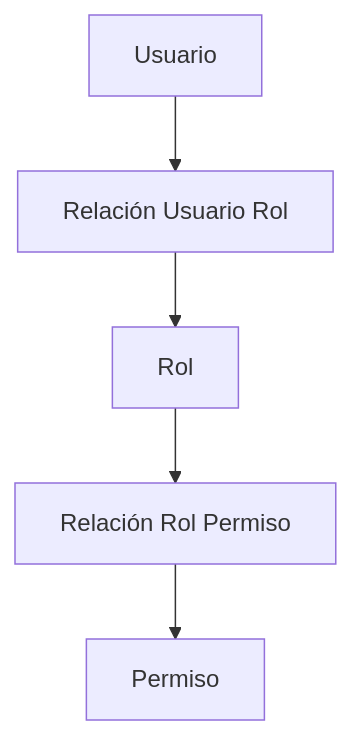
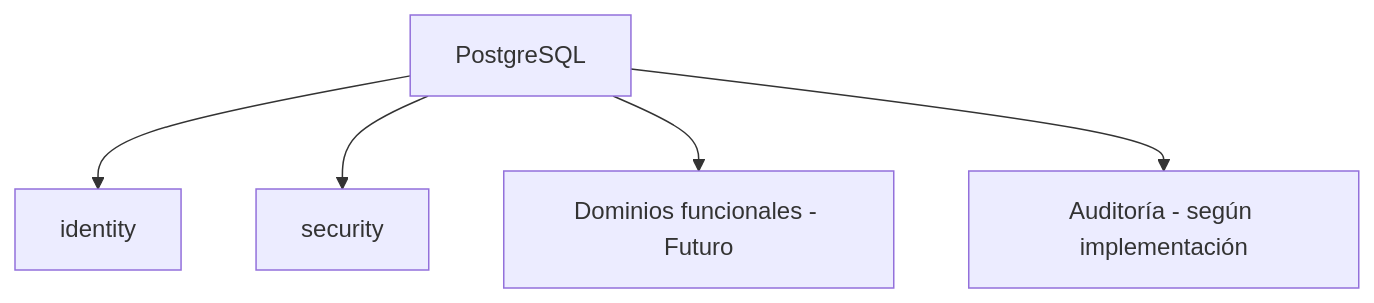
Before and after one commit to chirijose79-ui/Chiri: the second of 5 diagrams in docs/210_BaseDatos_Implementacion.md, drawn with Mermaid. The commit also changed other lines of this file, not shown here.

Commit message:
docs(database): add database implementation architecture

````diff
--- a/docs/210_BaseDatos_Implementacion.md
+++ b/docs/210_BaseDatos_Implementacion.md
@@ -108,13 +102,15 @@
-```mermaid id="p9v3kx"
+```mermaid
 flowchart TD
-    Usuario --> UsuarioRol
-    UsuarioRol --> Rol
-    Rol --> RolPermiso
-    RolPermiso --> Permiso
 
-    Usuario["Usuario"]
-    UsuarioRol["Relación Usuario Rol"]
-    Rol["Rol"]
-    RolPermiso["Relación Rol Permiso"]
-    Permiso["Permiso"]
+    PostgreSQL["PostgreSQL"]
+
+    Identity["identity"]
+    Security["security"]
+    Functional["Dominios funcionales - Futuro"]
+    Audit["Auditoría - según implementación"]
+
+    PostgreSQL --> Identity
+    PostgreSQL --> Security
+    PostgreSQL --> Functional
+    PostgreSQL --> Audit
 ```
````
